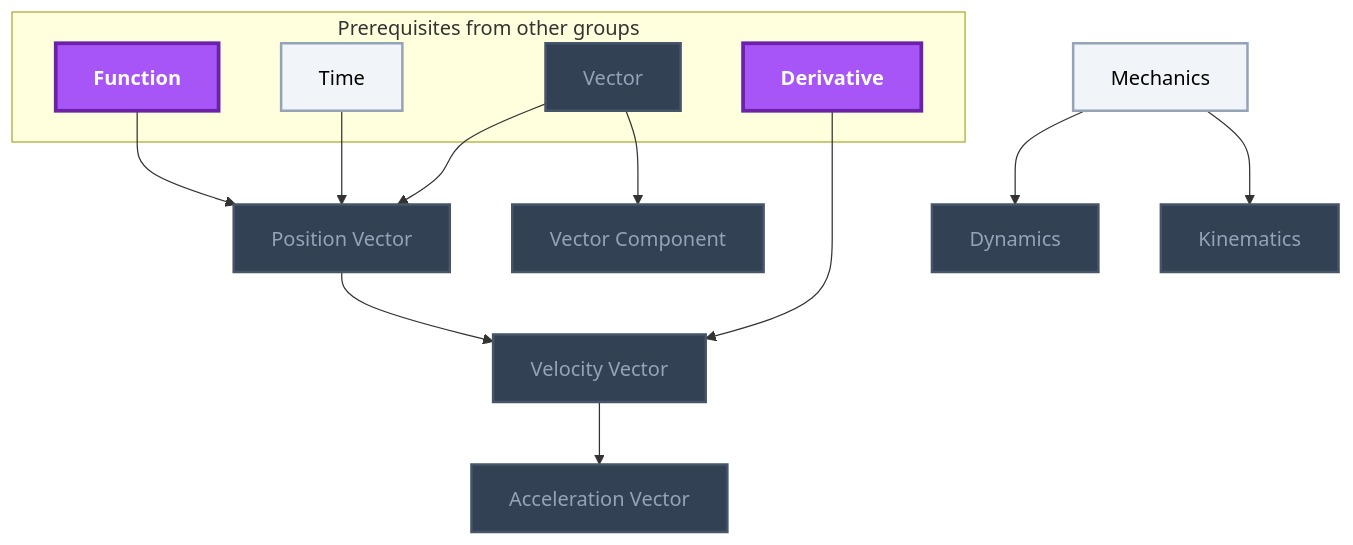
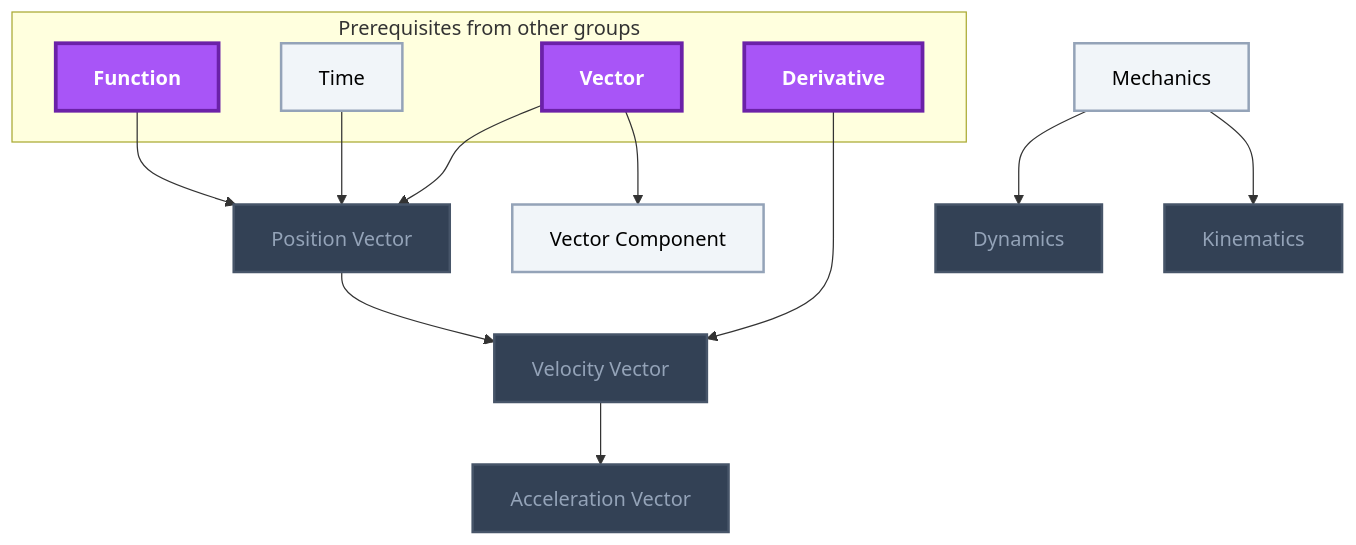
The second of 15 diagrams in Gamification/Skill Trees/Classical Mechanics.md (MRauf1/My-Notes), drawn with Mermaid before and after one commit. The commit also changed other lines of this file and 57 other files, not shown here.

````diff
--- a/Gamification/Skill Trees/Classical Mechanics.md
+++ b/Gamification/Skill Trees/Classical Mechanics.md
@@ -44,38 +44,38 @@
 ```mermaid
 flowchart TD
     classDef planned fill:#1E293B,stroke:#64748B,stroke-width:2px,stroke-dasharray:5 5,color:#94A3B8;
     classDef locked fill:#334155,stroke:#475569,stroke-width:2px,color:#94A3B8;
     classDef L0 fill:#F1F5F9,stroke:#94A3B8,stroke-width:2px,color:#000000;
     classDef L1 fill:#22C55E,stroke:#15803D,stroke-width:2px,color:#000000;
     classDef L2 fill:#3B82F6,stroke:#1D4ED8,stroke-width:3px,color:#FFFFFF;
     classDef L3 fill:#A855F7,stroke:#6B21A8,stroke-width:3px,color:#FFFFFF,font-weight:bold;
     classDef L4 fill:#F97316,stroke:#C2410C,stroke-width:4px,color:#000000,font-weight:bold;
     classDef L5 fill:#FFD700,stroke:#FF8C00,stroke-width:5px,color:#000000,font-weight:bold;
     classDef rusty stroke:#8B4513,stroke-width:4px,stroke-dasharray:3 3;
     subgraph sg_prereqs["Prerequisites from other groups"]
         n_function["Function"]
         n_time["Time"]
         n_vector["Vector"]
         n_derivative["Derivative"]
     end
     n_mechanics["Mechanics"]
     n_dynamics["Dynamics"]
     n_kinematics["Kinematics"]
     n_vector_component["Vector Component"]
     n_position_vector["Position Vector"]
     n_velocity_vector["Velocity Vector"]
     n_acceleration_vector["Acceleration Vector"]
     n_mechanics --> n_dynamics
     n_mechanics --> n_kinematics
     n_function --> n_position_vector
     n_time --> n_position_vector
     n_vector --> n_position_vector
     n_vector --> n_vector_component
     n_derivative --> n_velocity_vector
     n_position_vector --> n_velocity_vector
     n_velocity_vector --> n_acceleration_vector
-    class n_vector,n_dynamics,n_kinematics,n_vector_component,n_position_vector,n_velocity_vector,n_acceleration_vector locked;
-    class n_time,n_mechanics L0;
-    class n_function,n_derivative L3;
+    class n_dynamics,n_kinematics,n_position_vector,n_velocity_vector,n_acceleration_vector locked;
+    class n_time,n_mechanics,n_vector_component L0;
+    class n_function,n_vector,n_derivative L3;
     class n_function,n_time,n_vector,n_derivative,n_mechanics,n_dynamics,n_kinematics,n_vector_component,n_position_vector,n_velocity_vector,n_acceleration_vector internal-link;
 ```
````
